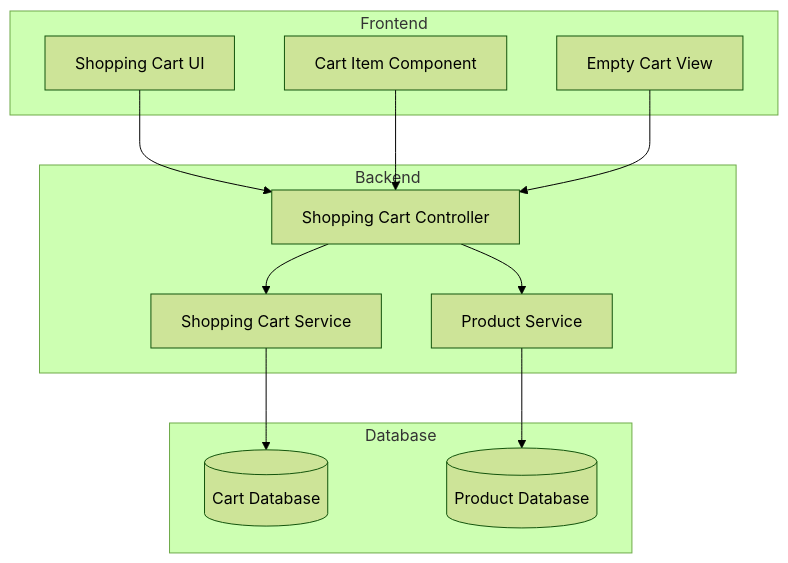
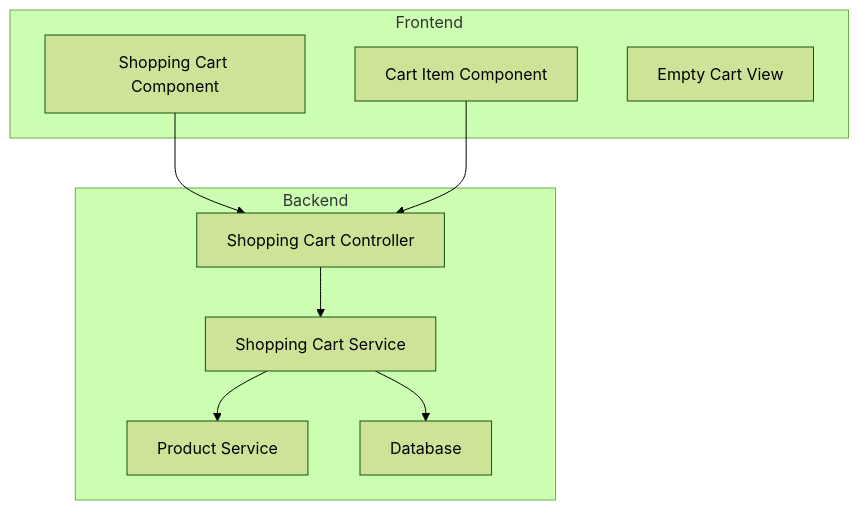
One commit to NavneetBN47/aava-ecom-demo changed the diagram in docs/LLD/lld.md. Above: the diagram before and after it, drawn with Mermaid (forest theme). The commit also changed other lines of this file, not shown here.

````diff
--- a/docs/LLD/lld.md
+++ b/docs/LLD/lld.md
@@ -40,27 +46,21 @@
 ```mermaid
 graph TB
     subgraph Frontend
-        A[Shopping Cart UI]
+        A[Shopping Cart Component]
         B[Cart Item Component]
         C[Empty Cart View]
     end
     
     subgraph Backend
         D[Shopping Cart Controller]
         E[Shopping Cart Service]
         F[Product Service]
-    end
-    
-    subgraph Database
-        G[(Cart Database)]
-        H[(Product Database)]
+        G[Database]
     end
     
     A --> D
     B --> D
-    C --> D
     D --> E
-    D --> F
+    E --> F
     E --> G
-    F --> H
 ```
````
